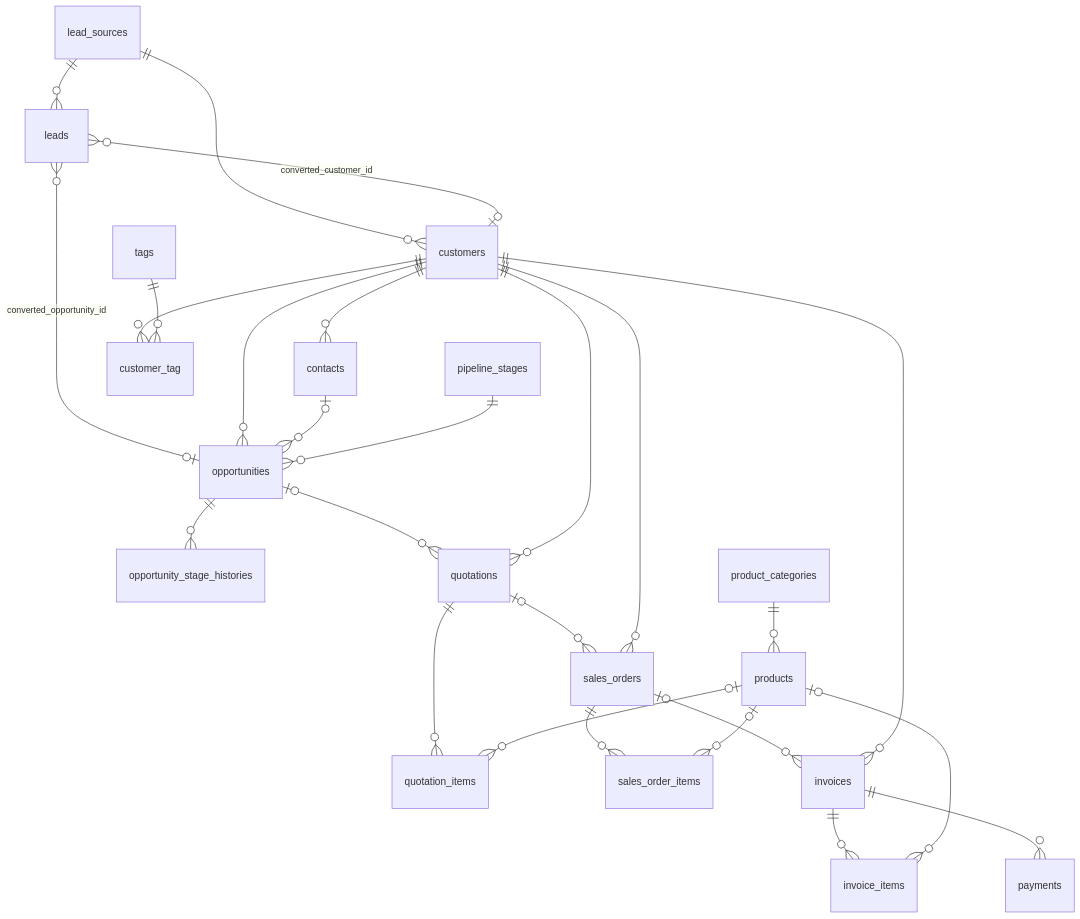
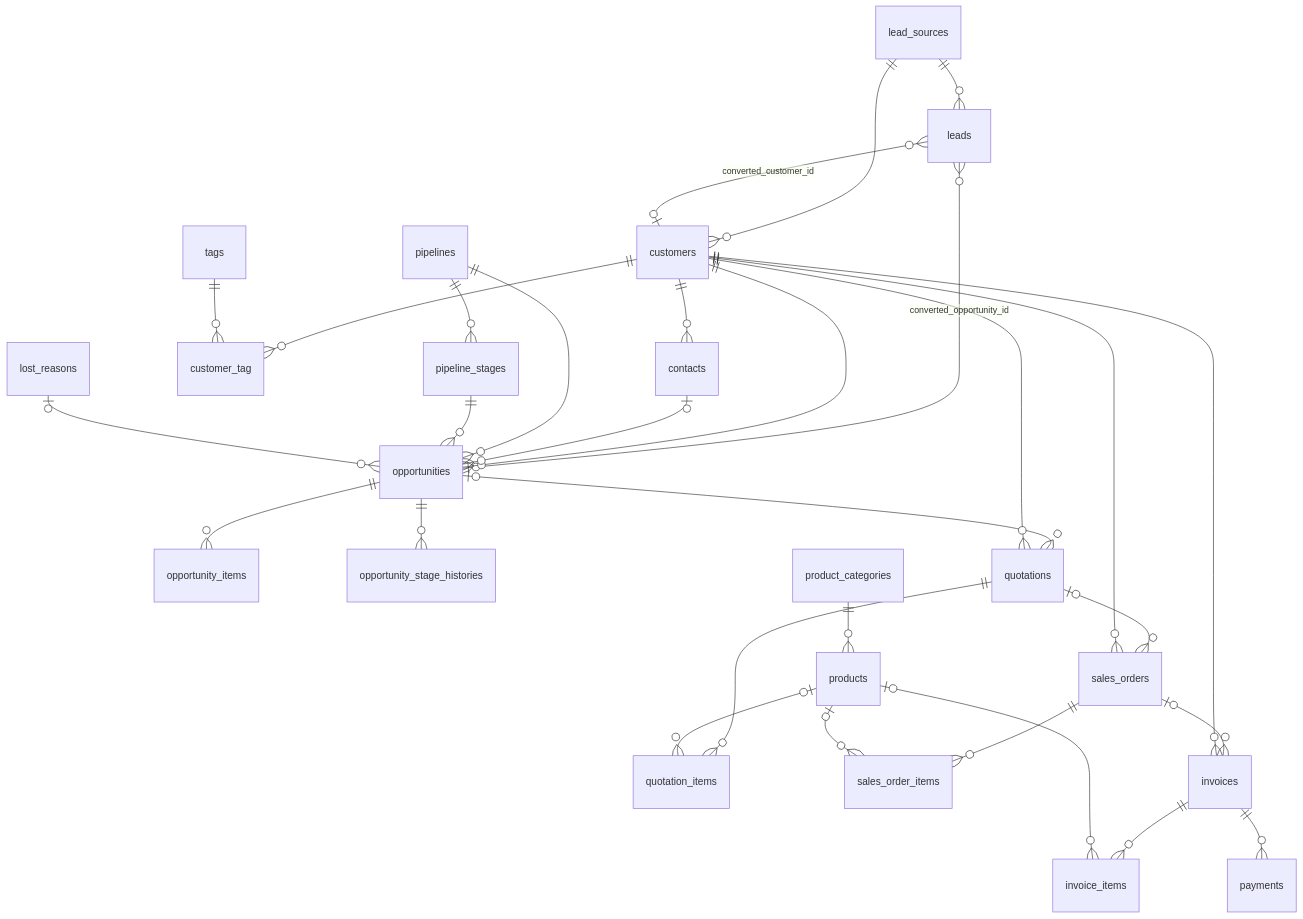
One commit to phuc-ltp/top-crm changed the second of 3 diagrams in docs/DATABASE.md. Above: the diagram before and after it, drawn with Mermaid. The commit also changed other lines of this file and 3 other files, not shown here.

````diff
--- a/docs/DATABASE.md
+++ b/docs/DATABASE.md
@@ -42,28 +42,32 @@
 ```mermaid
 erDiagram
     lead_sources ||--o{ leads : ""
     lead_sources ||--o{ customers : ""
     leads }o--o| customers : "converted_customer_id"
     leads }o--o| opportunities : "converted_opportunity_id"
     customers ||--o{ contacts : ""
     customers ||--o{ customer_tag : ""
     tags ||--o{ customer_tag : ""
     customers ||--o{ opportunities : ""
     contacts |o--o{ opportunities : ""
+    pipelines ||--o{ pipeline_stages : ""
+    pipelines ||--o{ opportunities : ""
     pipeline_stages ||--o{ opportunities : ""
+    opportunities ||--o{ opportunity_items : ""
+    lost_reasons |o--o{ opportunities : ""
     opportunities ||--o{ opportunity_stage_histories : ""
     opportunities |o--o{ quotations : ""
     customers ||--o{ quotations : ""
     quotations ||--o{ quotation_items : ""
     quotations |o--o{ sales_orders : ""
     customers ||--o{ sales_orders : ""
     sales_orders ||--o{ sales_order_items : ""
     sales_orders |o--o{ invoices : ""
     customers ||--o{ invoices : ""
     invoices ||--o{ invoice_items : ""
     invoices ||--o{ payments : ""
     product_categories ||--o{ products : ""
     products |o--o{ quotation_items : ""
     products |o--o{ sales_order_items : ""
     products |o--o{ invoice_items : ""
 ```
````
